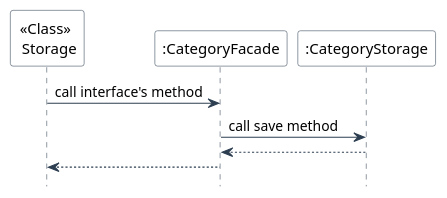
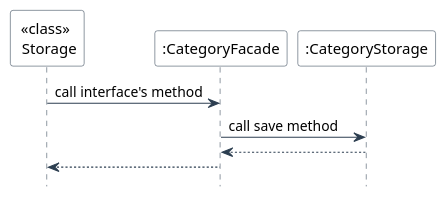
Before and after one commit to nus-cs2113-AY2425S1/tp: the diagram in docs/diagrams/plantuml/CategoryFacade Save SequenceUML.puml, drawn with PlantUML. The commit also changed 3 other files, not shown here.

```diff
--- a/docs/diagrams/plantuml/CategoryFacade Save SequenceUML.puml
+++ b/docs/diagrams/plantuml/CategoryFacade Save SequenceUML.puml
@@ -1,20 +1,20 @@
 @startuml
 skinparam backgroundColor #FFFFFF
 skinparam sequence {
     ArrowColor #2C3E50
     LifeLineBorderColor #2C3E50
     ParticipantBorderColor #2C3E50
     ParticipantBackgroundColor #FFFFFF
 }
 hide footbox
 
-participant "<<Class>> \n Storage" as S
+participant "<<class>> \n Storage" as S
 participant ":CategoryFacade" as CF
 participant ":CategoryStorage" as CS
 
 S -> CF: call interface's method
 CF -> CS: call save method
 CS --> CF:
 CF --> S:
 
 @enduml
```
